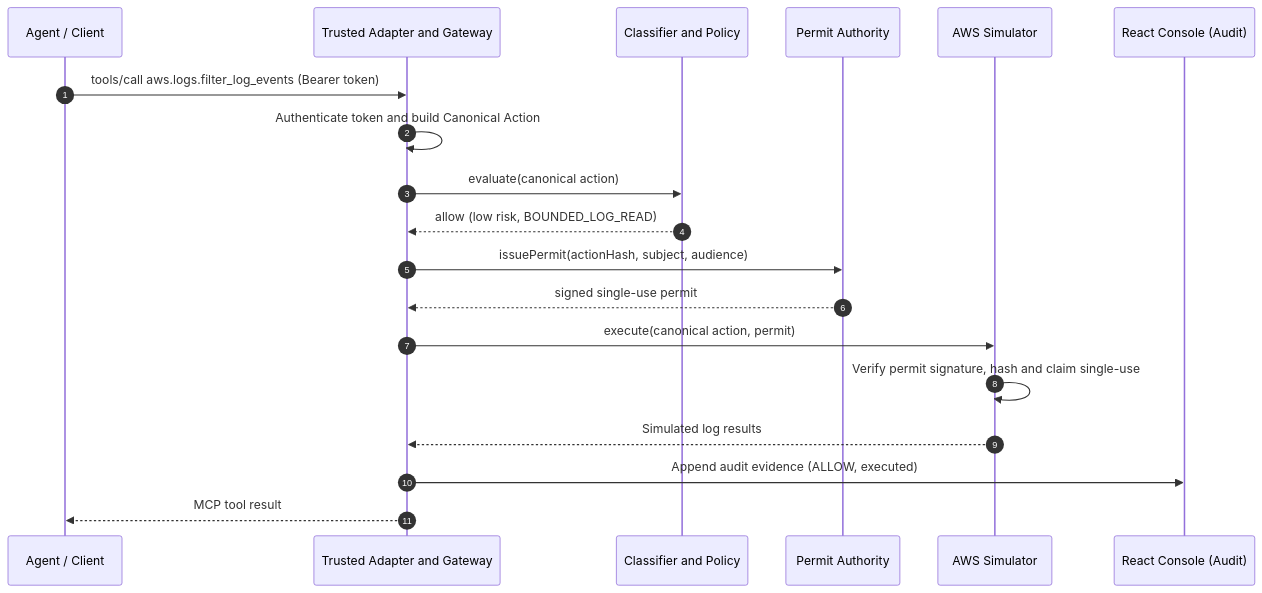
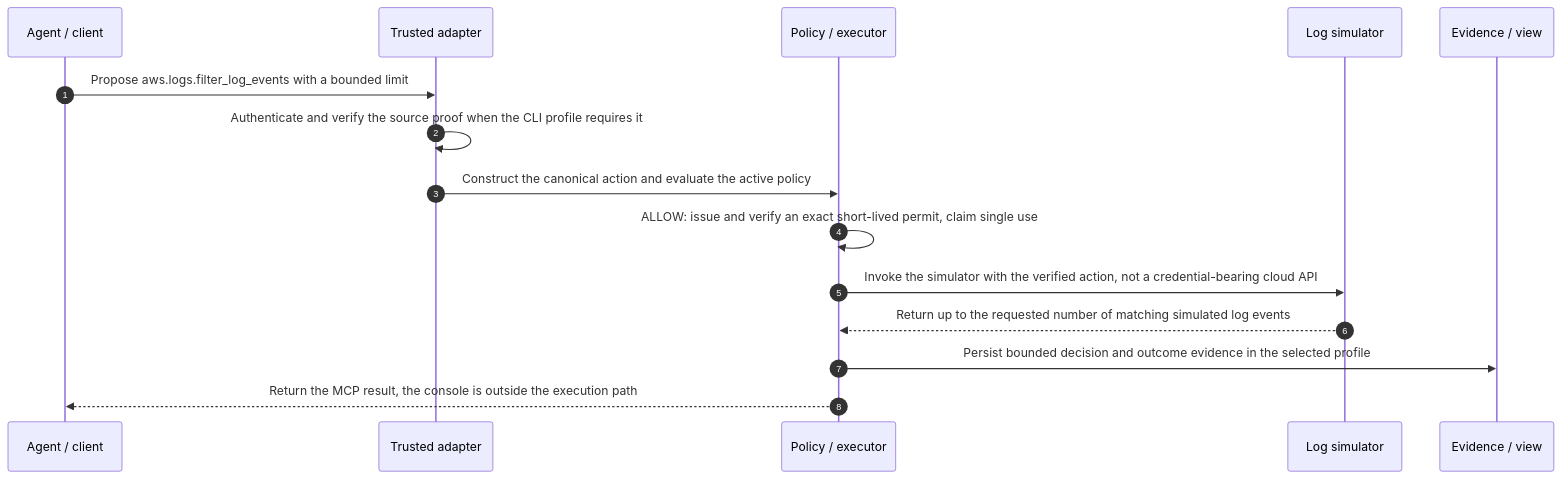
Before and after one commit to hemantkgupta/tracepermit: the second of 10 diagrams in site/guide/core-flows.md, drawn with Mermaid. The commit also changed other lines of this file and 25 other files, not shown here.

Commit message:
docs: align nine action flows with verified runtime boundaries

````diff
--- a/site/guide/core-flows.md
+++ b/site/guide/core-flows.md
@@ -144,22 +128,17 @@
 ```mermaid
 sequenceDiagram
   autonumber
-  participant Agent as Agent / Client
-  participant Gateway as Trusted Adapter and Gateway
-  participant Policy as Classifier and Policy
-  participant Issuer as Permit Authority
-  participant Simulator as AWS Simulator
-  participant Console as React Console (Audit)
-
-  Agent->>Gateway: tools/call aws.logs.filter_log_events (Bearer token)
-  Gateway->>Gateway: Authenticate token and build Canonical Action
-  Gateway->>Policy: evaluate(canonical action)
-  Policy-->>Gateway: allow (low risk, BOUNDED_LOG_READ)
-  Gateway->>Issuer: issuePermit(actionHash, subject, audience)
-  Issuer-->>Gateway: signed single-use permit
-  Gateway->>Simulator: execute(canonical action, permit)
-  Simulator->>Simulator: Verify permit signature, hash and claim single-use
-  Simulator-->>Gateway: Simulated log results
-  Gateway->>Console: Append audit evidence (ALLOW, executed)
-  Gateway-->>Agent: MCP tool result
+  participant C as Agent / client
+  participant G as Trusted adapter
+  participant E as Policy / executor
+  participant S as Log simulator
+  participant D as Evidence / view
+  C->>G: Propose aws.logs.filter_log_events with a bounded limit
+  G->>G: Authenticate and verify the source proof when the CLI profile requires it
+  G->>E: Construct the canonical action and evaluate the active policy
+  E->>E: ALLOW: issue and verify an exact short-lived permit, claim single use
+  E->>S: Invoke the simulator with the verified action, not a credential-bearing cloud API
+  S-->>E: Return up to the requested number of matching simulated log events
+  E->>D: Persist bounded decision and outcome evidence in the selected profile
+  E-->>C: Return the MCP result, the console is outside the execution path
 ```
````
